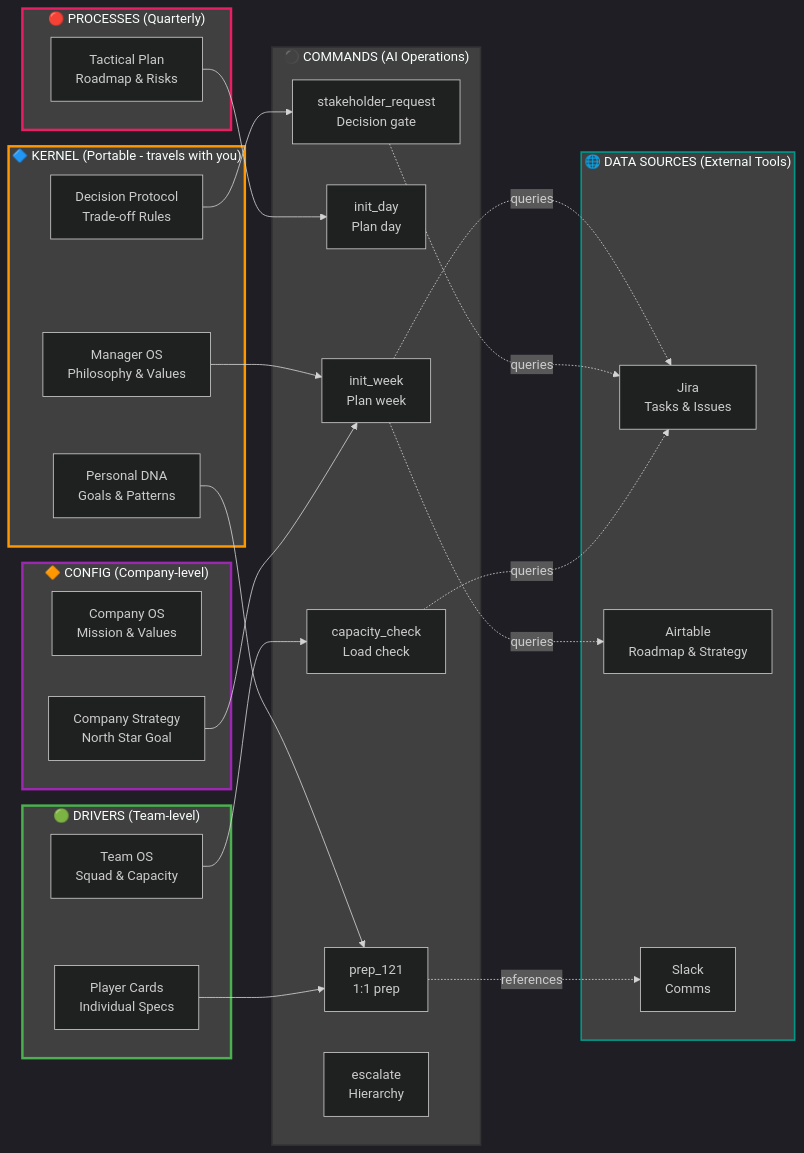
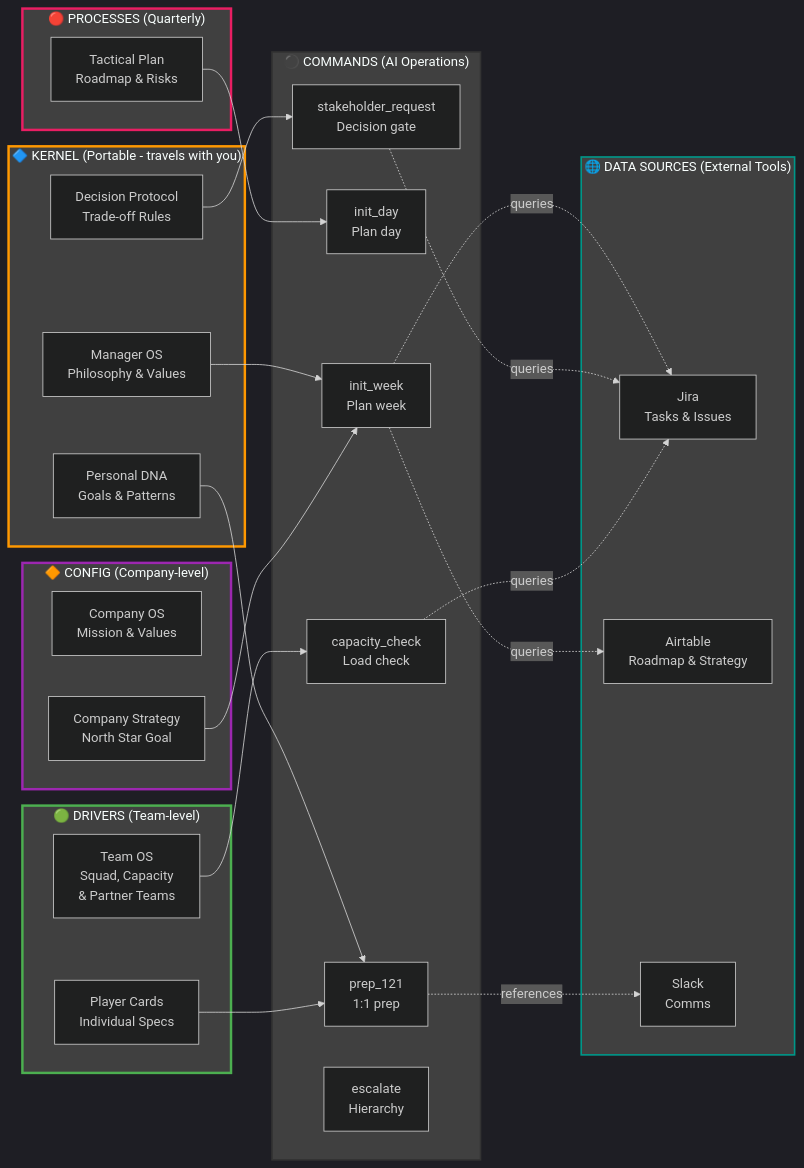
One commit to daviddgl/manager-operating-system changed the second of 6 diagrams in ARCHITECTURE.md. Above: the diagram before and after it, drawn with Mermaid. The commit also changed other lines of this file and 7 other files, not shown here.

First line of the commit message:
feat: Add Partner Teams & Interfaces (§7) to Team OS (#2)

````diff
--- a/ARCHITECTURE.md
+++ b/ARCHITECTURE.md
@@ -44,59 +44,59 @@
 ```mermaid
 %%{init: {'theme':'dark'}}%%
 graph LR
     subgraph Kernel["🔷 KERNEL (Portable - travels with you)"]
         K1["Manager OS<br/>Philosophy & Values"]
         K2["Decision Protocol<br/>Trade-off Rules"]
         K3["Personal DNA<br/>Goals & Patterns"]
     end
     
     subgraph Config["🔶 CONFIG (Company-level)"]
         C1["Company OS<br/>Mission & Values"]
         C2["Company Strategy<br/>North Star Goal"]
     end
     
     subgraph Drivers["🟢 DRIVERS (Team-level)"]
-        D1["Team OS<br/>Squad & Capacity"]
+        D1["Team OS<br/>Squad, Capacity<br/>& Partner Teams"]
         D2["Player Cards<br/>Individual Specs"]
     end
     
     subgraph Processes["🔴 PROCESSES (Quarterly)"]
         P1["Tactical Plan<br/>Roadmap & Risks"]
     end
     
     subgraph Commands["⚫ COMMANDS (AI Operations)"]
         CMD1["init_week<br/>Plan week"]
         CMD2["init_day<br/>Plan day"]
         CMD3["prep_121<br/>1:1 prep"]
         CMD4["stakeholder_request<br/>Decision gate"]
         CMD5["capacity_check<br/>Load check"]
         CMD6["escalate<br/>Hierarchy"]
     end
     
     subgraph External["🌐 DATA SOURCES (External Tools)"]
         EXT1["Jira<br/>Tasks & Issues"]
         EXT2["Airtable<br/>Roadmap & Strategy"]
         EXT3["Slack<br/>Comms"]
     end
     
     K1 --> CMD1
     K2 --> CMD4
     K3 --> CMD3
     C2 --> CMD1
     D1 --> CMD5
     D2 --> CMD3
     P1 --> CMD2
     
     CMD1 -.->|queries| EXT1
     CMD1 -.->|queries| EXT2
     CMD4 -.->|queries| EXT1
     CMD5 -.->|queries| EXT1
     CMD3 -.->|references| EXT3
     
     style Kernel fill:#404040,stroke:#ff9800,stroke-width:3px
     style Config fill:#404040,stroke:#9c27b0,stroke-width:3px
     style Drivers fill:#404040,stroke:#4caf50,stroke-width:3px
     style Processes fill:#404040,stroke:#e91e63,stroke-width:3px
     style Commands fill:#404040,stroke:#333,stroke-width:2px
     style External fill:#404040,stroke:#009688,stroke-width:2px
 ```
````
